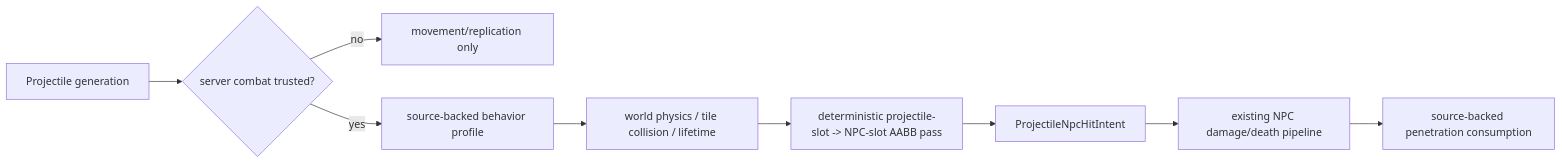
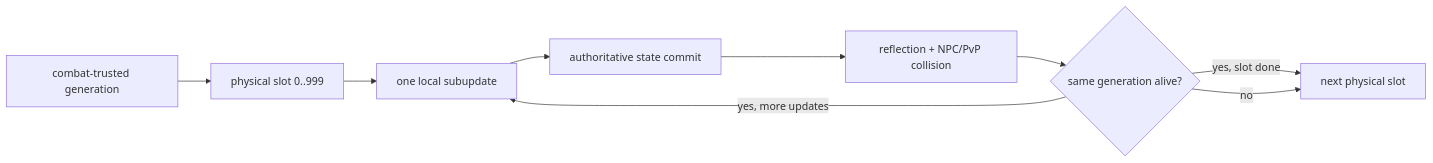
One commit to VegaKernel/TerraRuntime changed the third of 3 diagrams in docs/en/projectile-behavior-profiles.md. Above: the diagram before and after it, drawn with Mermaid. The commit also changed other lines of this file and 15 other files, not shown here.

First line of the commit message:
Interleave projectile extraUpdates combat

````diff
--- a/docs/en/projectile-behavior-profiles.md
+++ b/docs/en/projectile-behavior-profiles.md
@@ -89,11 +93,11 @@
 ```mermaid
 flowchart LR
-    Spawn["Projectile generation"] --> Trust{"server combat trusted?"}
-    Trust -->|no| Sync["movement/replication only"]
-    Trust -->|yes| Behavior["source-backed behavior profile"]
-    Behavior --> Motion["world physics / tile collision / lifetime"]
-    Motion --> NpcPass["deterministic projectile-slot -> NPC-slot AABB pass"]
-    NpcPass --> Intent["ProjectileNpcHitIntent"]
-    Intent --> Damage["existing NPC damage/death pipeline"]
-    Damage --> Penetration["source-backed penetration consumption"]
+    Spawn["combat-trusted generation"] --> Slot["physical slot 0..999"]
+    Slot --> Sub["one local subupdate"]
+    Sub --> Commit["authoritative state commit"]
+    Commit --> Interact["reflection + NPC/PvP collision"]
+    Interact --> Alive{"same generation alive?"}
+    Alive -->|yes, more updates| Sub
+    Alive -->|yes, slot done| Next["next physical slot"]
+    Alive -->|no| Next
 ```
````
